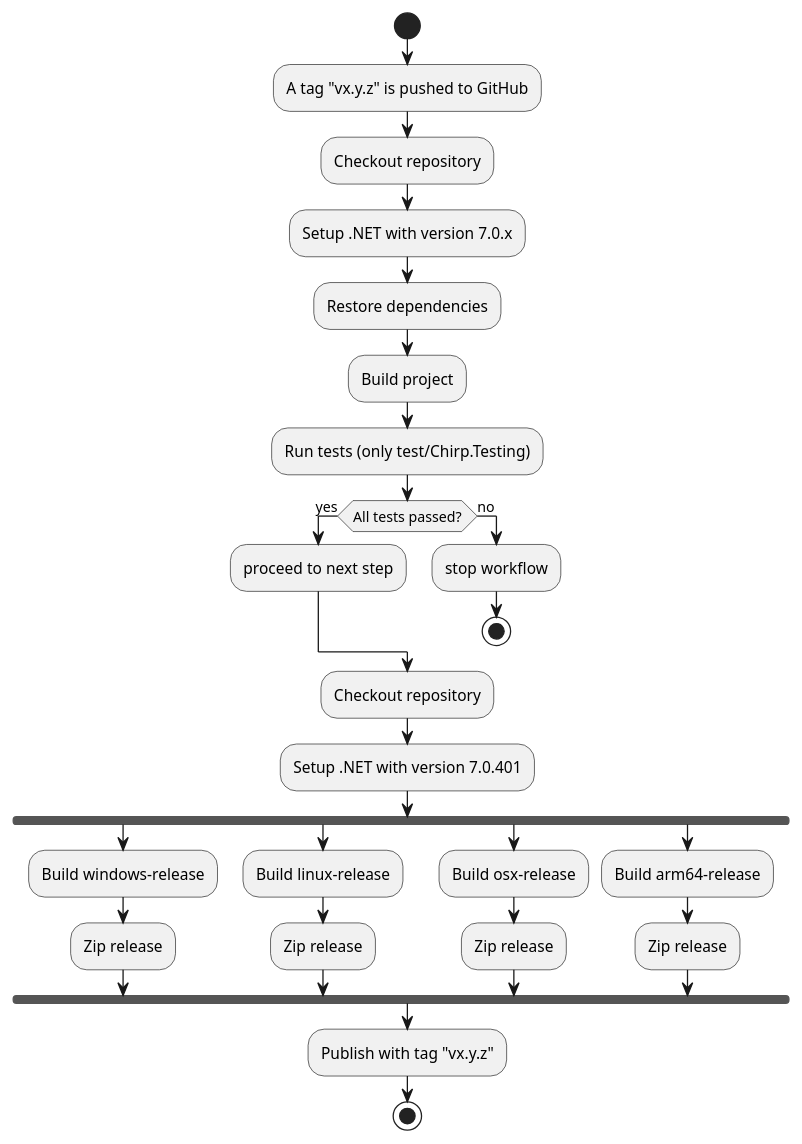
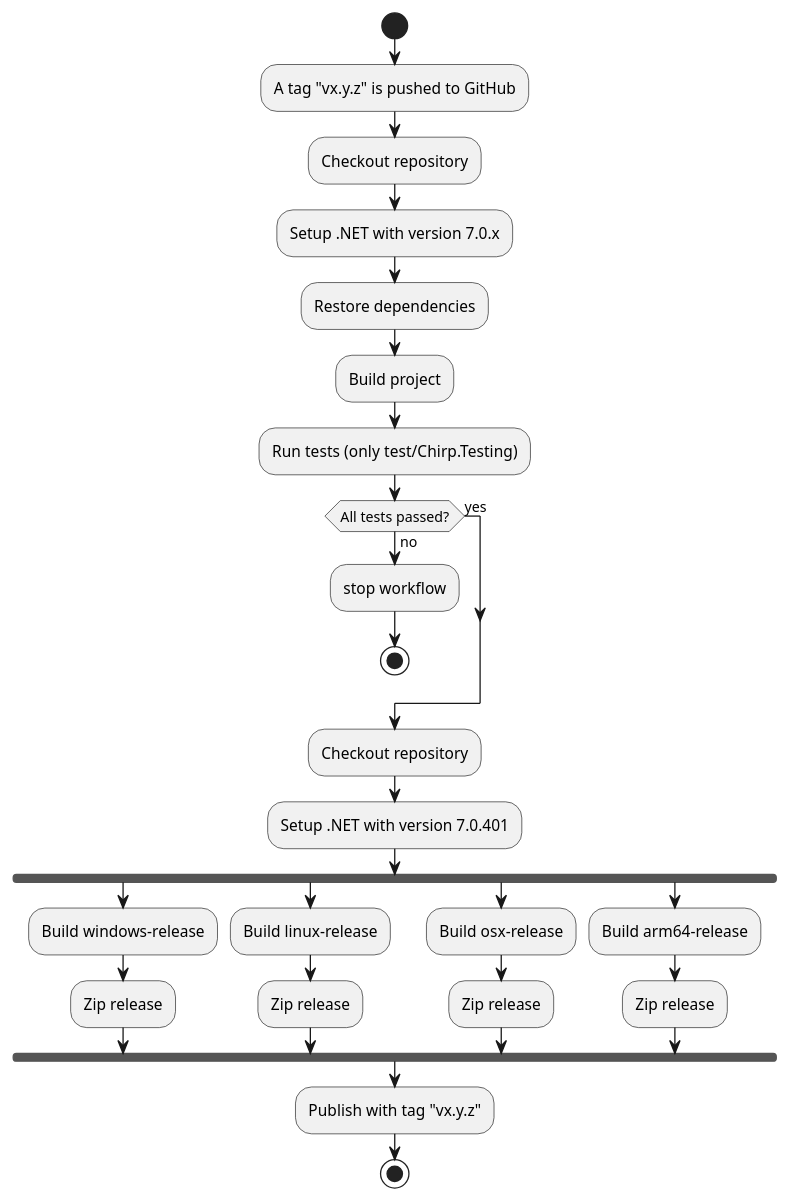
The diagram in docs/autorelease.pu (ITU-BDSA23-GROUP15/Chirp), drawn with PlantUML before and after one commit.

Commit message:
remove 'proceed to next step'

```diff
--- a/docs/autorelease.pu
+++ b/docs/autorelease.pu
@@ -1,35 +1,34 @@
 @startuml Autorelease
 start
 :A tag "vx.y.z" is pushed to GitHub;
 :Checkout repository;
 :Setup .NET with version 7.0.x;
 :Restore dependencies;
 :Build project;
 :Run tests (only test/Chirp.Testing);
 
 if (All tests passed?) then (yes)
-	:proceed to next step;
 else (no)
 	:stop workflow;
 	stop
 endif
 
 :Checkout repository;
 :Setup .NET with version 7.0.401;
 fork
 	:Build windows-release;
 	:Zip release;
 fork again
 	:Build linux-release;
 	:Zip release;
 	fork again
 	:Build osx-release;
 	:Zip release;
 	fork again
 	:Build arm64-release;
 	:Zip release;
 end fork
 :Publish with tag "vx.y.z";
 
 stop
 @enduml
```
